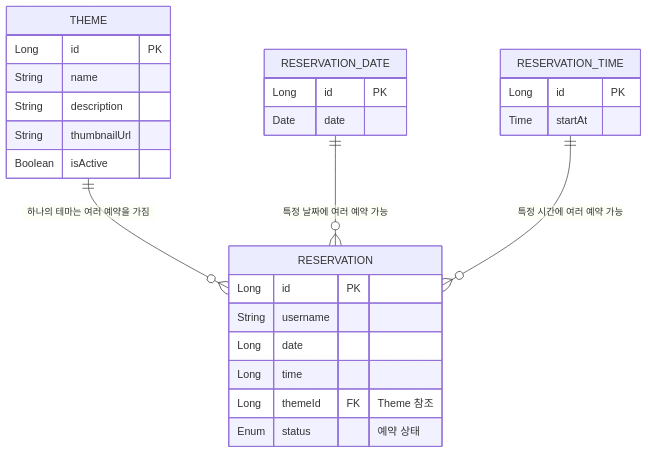
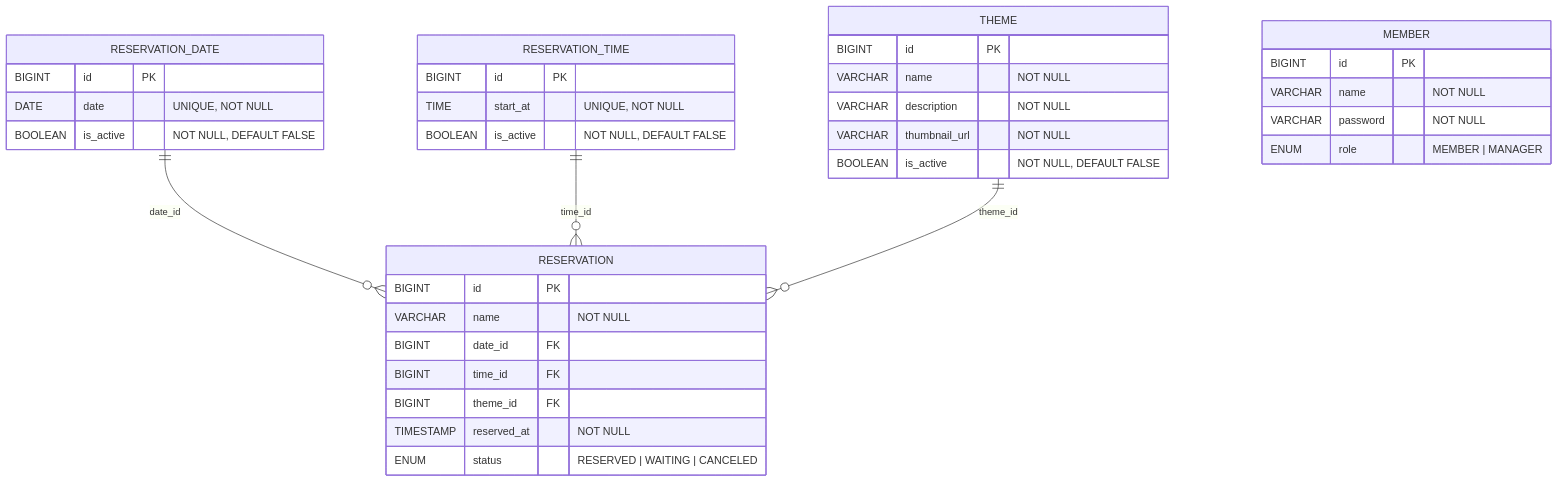
One commit to woowacourse/spring-roomescape-waiting changed the diagram in docs/README.md. Above: the diagram before and after it, drawn with Mermaid. The commit also changed other lines of this file, not shown here.

````diff
--- a/docs/README.md
+++ b/docs/README.md
@@ -628,33 +136,43 @@
 ```mermaid
 erDiagram
-    THEME ||--o{ RESERVATION : "하나의 테마는 여러 예약을 가짐"
-    RESERVATION_DATE ||--o{ RESERVATION : "특정 날짜에 여러 예약 가능"
-    RESERVATION_TIME ||--o{ RESERVATION : "특정 시간에 여러 예약 가능"
+    RESERVATION_DATE ||--o{ RESERVATION : "date_id"
+    RESERVATION_TIME ||--o{ RESERVATION : "time_id"
+    THEME ||--o{ RESERVATION : "theme_id"
 
-    RESERVATION {
-        Long id PK
-        String username
-        Long date
-        Long time
-        Long themeId FK "Theme 참조"
-        Enum status "예약 상태"
+    RESERVATION_DATE {
+        BIGINT id PK
+        DATE date "UNIQUE, NOT NULL"
+        BOOLEAN is_active "NOT NULL, DEFAULT FALSE"
+    }
+
+    RESERVATION_TIME {
+        BIGINT id PK
+        TIME start_at "UNIQUE, NOT NULL"
+        BOOLEAN is_active "NOT NULL, DEFAULT FALSE"
     }
 
     THEME {
-        Long id PK
-        String name
-        String description
-        String thumbnailUrl
-        Boolean isActive
+        BIGINT id PK
+        VARCHAR name "NOT NULL"
+        VARCHAR description "NOT NULL"
+        VARCHAR thumbnail_url "NOT NULL"
+        BOOLEAN is_active "NOT NULL, DEFAULT FALSE"
     }
 
-    RESERVATION_DATE {
-        Long id PK
-        Date date
+    MEMBER {
+        BIGINT id PK
+        VARCHAR name "NOT NULL"
+        VARCHAR password "NOT NULL"
+        ENUM role "MEMBER | MANAGER"
     }
 
-    RESERVATION_TIME {
-        Long id PK
-        Time startAt
+    RESERVATION {
+        BIGINT id PK
+        VARCHAR name "NOT NULL"
+        BIGINT date_id FK
+        BIGINT time_id FK
+        BIGINT theme_id FK
+        TIMESTAMP reserved_at "NOT NULL"
+        ENUM status "RESERVED | WAITING | CANCELED"
     }
 ```
````
